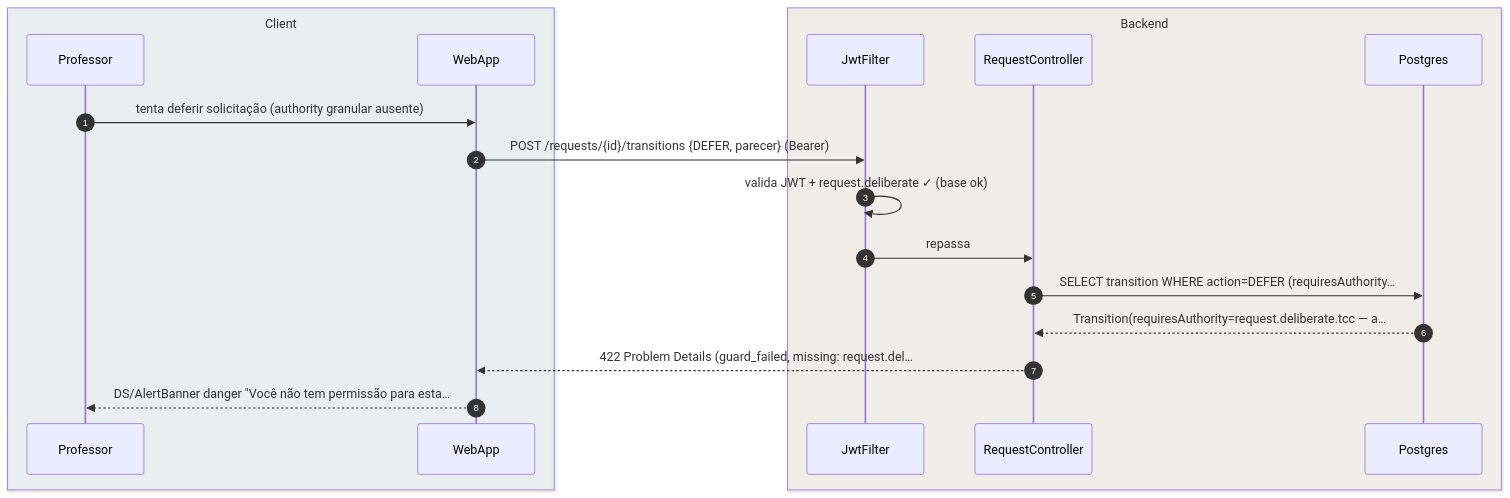
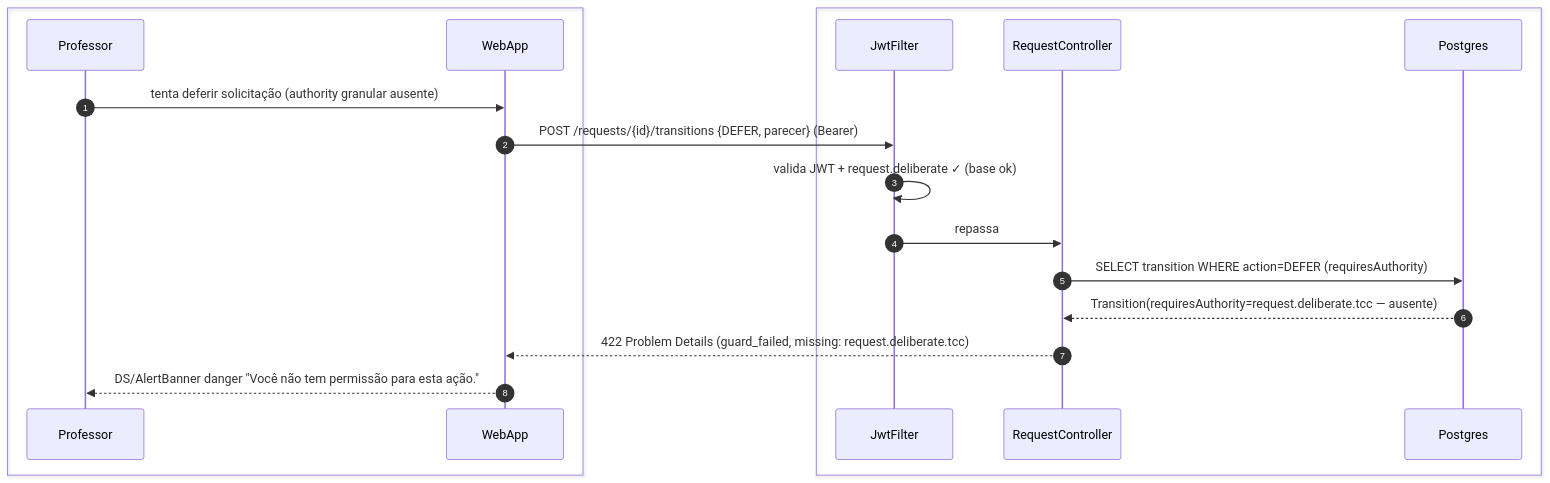
Before and after one commit to umishell/secretariaOnline2: the sixth of 6 diagrams in foundationDocs/sequenceDiagrams/F3 — Professor/US-F3-003-DELIBERAR-SOLICITACOES.md, drawn with Mermaid. The commit also changed other lines of this file and 70 other files, not shown here.

First line of the commit message:
Enhance database documentation and introduce new schema files

````diff
--- a/foundationDocs/sequenceDiagrams/F3 — Professor/US-F3-003-DELIBERAR-SOLICITACOES.md
+++ b/foundationDocs/sequenceDiagrams/F3 — Professor/US-F3-003-DELIBERAR-SOLICITACOES.md
@@ -268,22 +268,22 @@
 ```mermaid
 sequenceDiagram
     autonumber
-    box rgba(230,245,255,0.3) Client
+    box #e8f4fc Cliente
         participant Professor
         participant WebApp
     end
-    box rgba(255,245,230,0.3) Backend
+    box #fff8ee Servidor
         participant JwtFilter
         participant RequestController
         participant Postgres
     end
 
     Professor->>WebApp: tenta deferir solicitação (authority granular ausente)
     WebApp->>JwtFilter: POST /requests/{id}/transitions {DEFER, parecer} (Bearer)
     JwtFilter->>JwtFilter: valida JWT + request.deliberate ✓ (base ok)
     JwtFilter->>RequestController: repassa
-    RequestController->>Postgres: SELECT transition WHERE action=DEFER (requiresAuthority…
-    Postgres-->>RequestController: Transition(requiresAuthority=request.deliberate.tcc — a…
-    RequestController-->>WebApp: 422 Problem Details (guard_failed, missing: request.del…
-    WebApp-->>Professor: DS/AlertBanner danger "Você não tem permissão para esta…
+    RequestController->>Postgres: SELECT transition WHERE action=DEFER (requiresAuthority)
+    Postgres-->>RequestController: Transition(requiresAuthority=request.deliberate.tcc — ausente)
+    RequestController-->>WebApp: 422 Problem Details (guard_failed, missing: request.deliberate.tcc)
+    WebApp-->>Professor: DS/AlertBanner danger "Você não tem permissão para esta ação."
 ```
````
